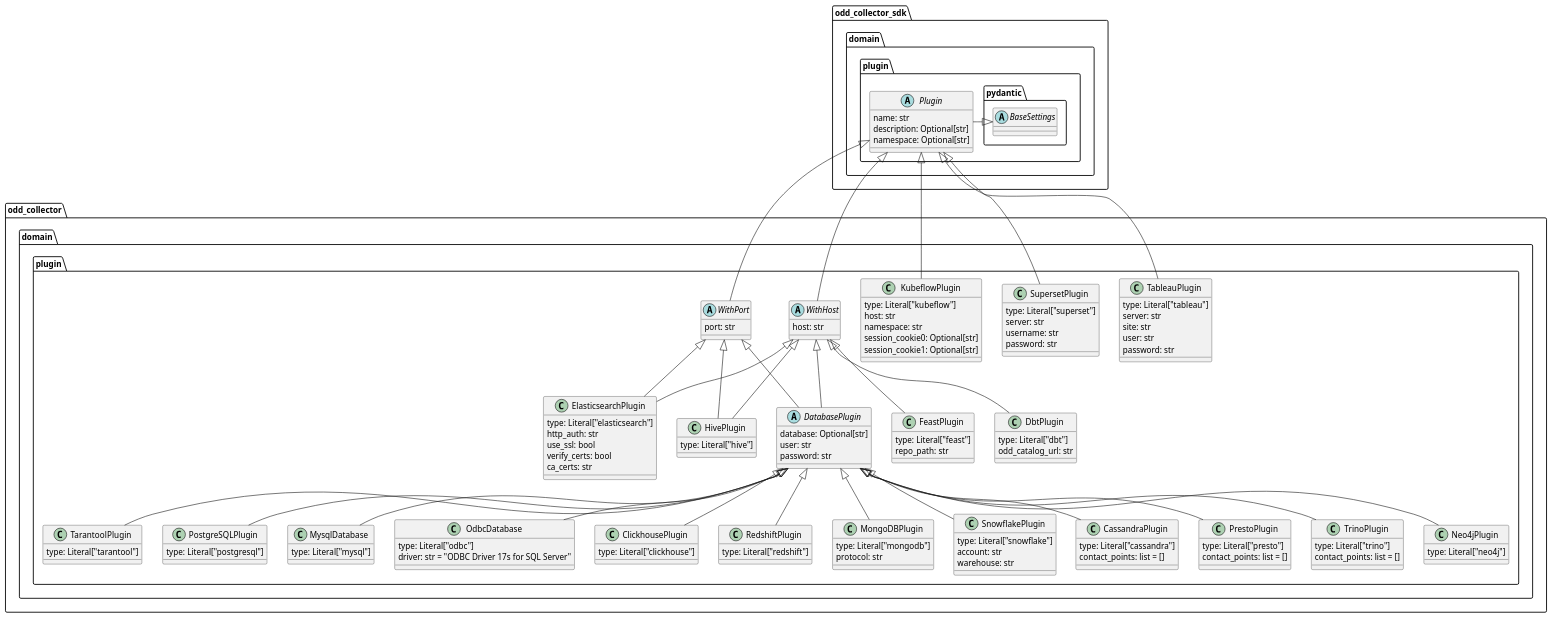
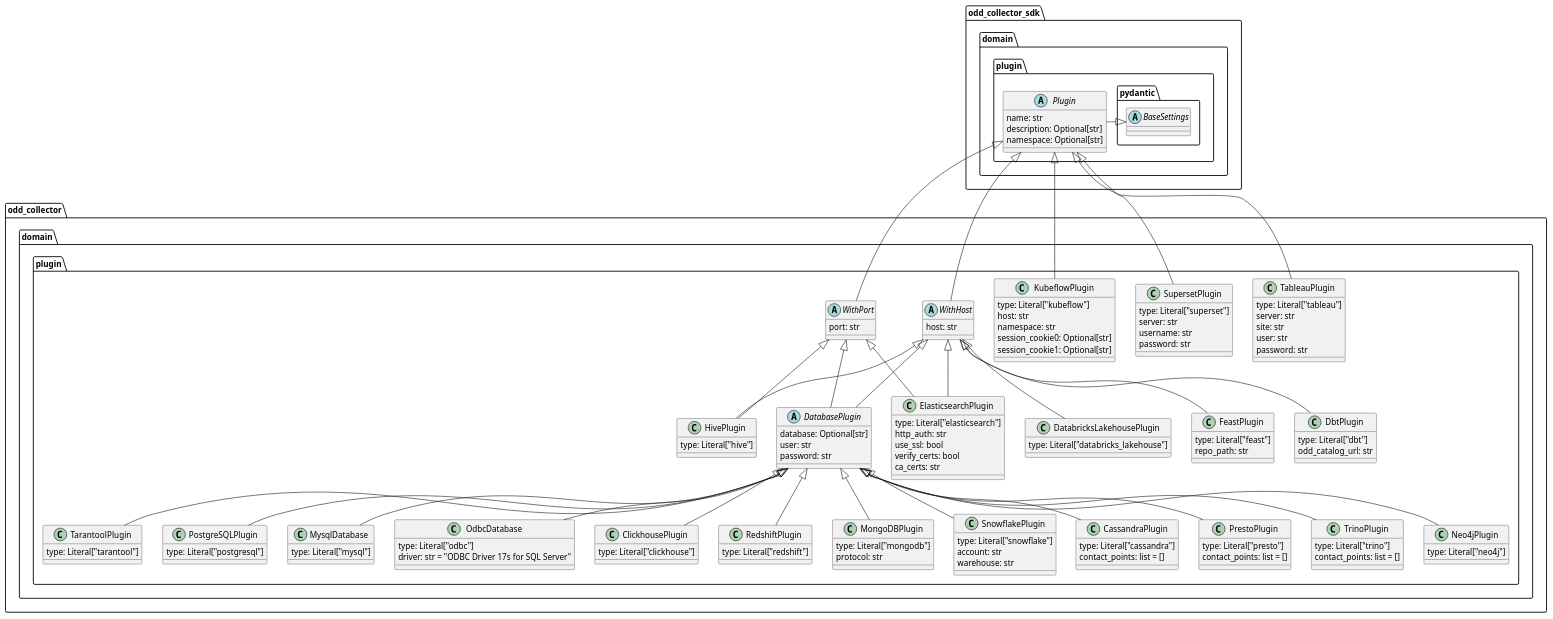
The diagram in domain_classes.plantuml (opendatadiscovery/odd-collector), drawn with PlantUML before and after one commit. The commit also changed 2 other files, not shown here.

```diff
--- a/domain_classes.plantuml
+++ b/domain_classes.plantuml
@@ -1,161 +1,166 @@
 @startuml
 
 namespace odd_collector_sdk.domain.plugin {
 abstract class pydantic.BaseSettings
 pydantic.BaseSettings <|- Plugin
 abstract class Plugin {
 name: str
 description: Optional[str]
 namespace: Optional[str]
 }
 }
 
 namespace odd_collector.domain.plugin {
 
 class TableauPlugin{
 type: Literal["tableau"]
 server: str
 site: str
 user: str
 password: str
 }
 odd_collector_sdk.domain.plugin.Plugin <|-- TableauPlugin
 
 
 class SupersetPlugin{
 type: Literal["superset"]
 server: str
 username: str
 password: str
 }
 odd_collector_sdk.domain.plugin.Plugin <|-- SupersetPlugin
 
 
 class KubeflowPlugin {
 type: Literal["kubeflow"]
 host: str
 namespace: str
 session_cookie0: Optional[str]
 session_cookie1: Optional[str]
 }
 odd_collector_sdk.domain.plugin.Plugin <|-- KubeflowPlugin
 
 abstract class WithHost {
 host: str
 }
 odd_collector_sdk.domain.plugin.Plugin <|-- WithHost
 
 abstract class WithPort {
 port: str
 }
 odd_collector_sdk.domain.plugin.Plugin <|-- WithPort
 
 
 abstract class DatabasePlugin {
 database: Optional[str]
 user: str
 password: str
 }
 WithPort <|-- DatabasePlugin
 WithHost <|-- DatabasePlugin
 
 
 class PostgreSQLPlugin {
 type: Literal["postgresql"]
 }
 DatabasePlugin <|-- PostgreSQLPlugin
 
 class MysqlDatabase {
 type: Literal["mysql"]
 }
 DatabasePlugin <|-- MysqlDatabase
 
 class OdbcDatabase {
 type: Literal["odbc"]
 driver: str = "ODBC Driver 17s for SQL Server"
 }
 DatabasePlugin <|-- OdbcDatabase
 
 class ClickhousePlugin {
 type: Literal["clickhouse"]
 }
 DatabasePlugin <|-- ClickhousePlugin
 
 class RedshiftPlugin {
 type: Literal["redshift"]
 }
 DatabasePlugin <|-- RedshiftPlugin
 
 class MongoDBPlugin{
 type: Literal["mongodb"]
 protocol: str
 }
 DatabasePlugin <|-- MongoDBPlugin
 
 class SnowflakePlugin{
 type: Literal["snowflake"]
 account: str
 warehouse: str
 }
 DatabasePlugin <|-- SnowflakePlugin
 
 class CassandraPlugin{
 type: Literal["cassandra"]
 contact_points: list = []
 }
 DatabasePlugin <|-- CassandraPlugin
 
 class PrestoPlugin{
 type: Literal["presto"]
 contact_points: list = []
 }
 DatabasePlugin <|-- PrestoPlugin
 
 class TrinoPlugin{
 type: Literal["trino"]
 contact_points: list = []
 }
 DatabasePlugin <|-- TrinoPlugin
 
 class TarantoolPlugin {
 type: Literal["tarantool"]
 }
 DatabasePlugin <|-- TarantoolPlugin
 
 class Neo4jPlugin{
 type: Literal["neo4j"]
 }
 DatabasePlugin <|-- Neo4jPlugin
 
 
 TarantoolPlugin -[hidden]> PostgreSQLPlugin
 
 class ElasticsearchPlugin{
 type: Literal["elasticsearch"]
 http_auth: str
 use_ssl: bool
 verify_certs: bool
 ca_certs: str
 }
 WithHost <|-- ElasticsearchPlugin
 WithPort <|-- ElasticsearchPlugin
 
 class HivePlugin{
 type: Literal["hive"]
 }
 WithHost <|-- HivePlugin
 WithPort <|-- HivePlugin
 
+class DatabricksLakehousePlugin{
+type: Literal["databricks_lakehouse"]
+}
+WithHost <|-- DatabricksLakehousePlugin
+
 class FeastPlugin{
 type: Literal["feast"]
 repo_path: str
 }
 WithHost <|-- FeastPlugin
 
 class DbtPlugin{
 type: Literal["dbt"]
 odd_catalog_url: str
 }
 WithHost <|-- DbtPlugin
 }
 @enduml
```
